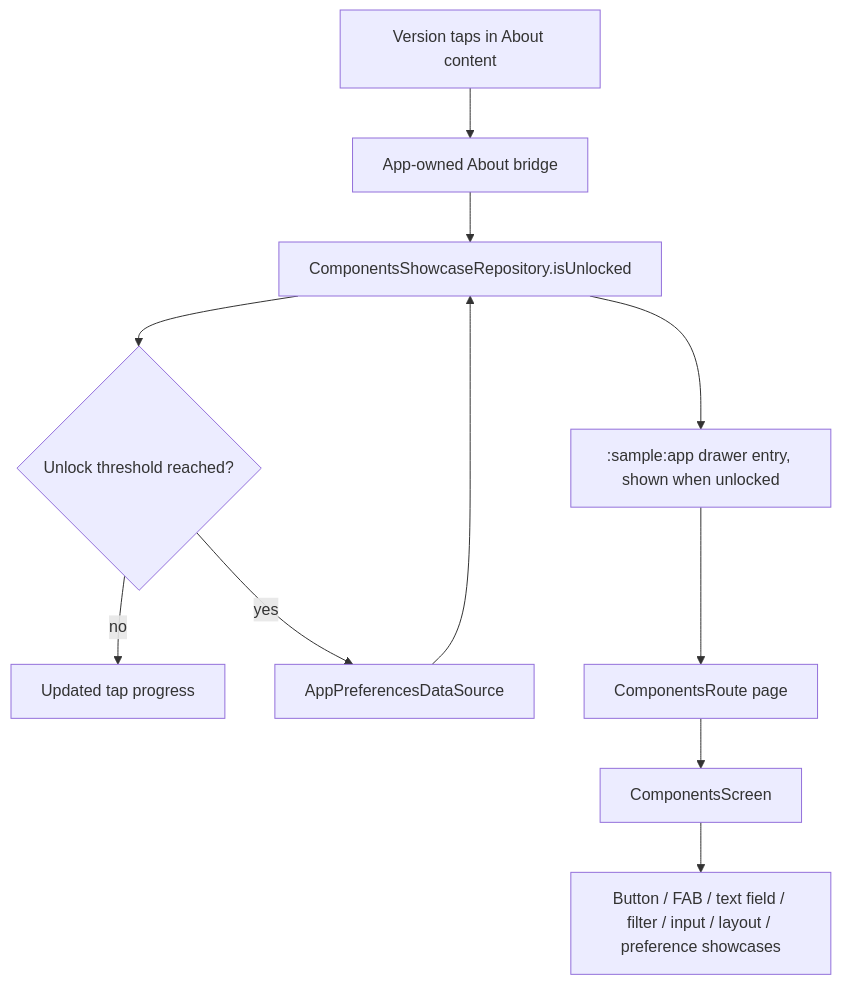
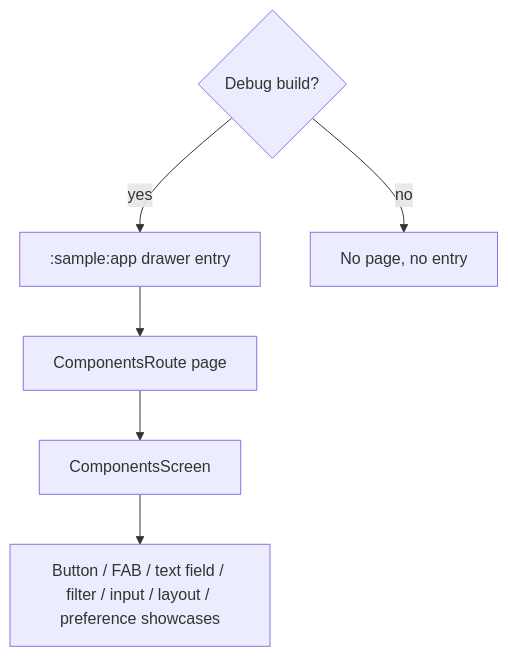
The diagram in sample/feature/components/README.md (MihaiCristianCondrea/App-Toolkit-for-Android), drawn with Mermaid before and after one commit. The commit also changed other lines of this file and 95 other files, not shown here.

````diff
--- a/sample/feature/components/README.md
+++ b/sample/feature/components/README.md
@@ -44,13 +42,8 @@
 ```mermaid
 flowchart TD
-    About[Version taps in About content] --> Bridge[App-owned About bridge]
-    Bridge --> Repo[ComponentsShowcaseRepository]
-    Repo --> Counter{Unlock threshold reached?}
-    Counter -->|no| State[Updated tap progress]
-    Counter -->|yes| Store[AppPreferencesDataSource]
-    Store --> Repo[ComponentsShowcaseRepository.isUnlocked]
-    Repo --> Drawer[":sample:app" drawer entry, shown when unlocked]
+    Debug{Debug build?} -->|yes| Drawer[":sample:app" drawer entry]
+    Debug -->|no| None[No page, no entry]
     Drawer --> Page[ComponentsRoute page]
     Page --> Screen[ComponentsScreen]
     Screen --> Sections[Button / FAB / text field / filter / input / layout / preference showcases]
 ```
````
